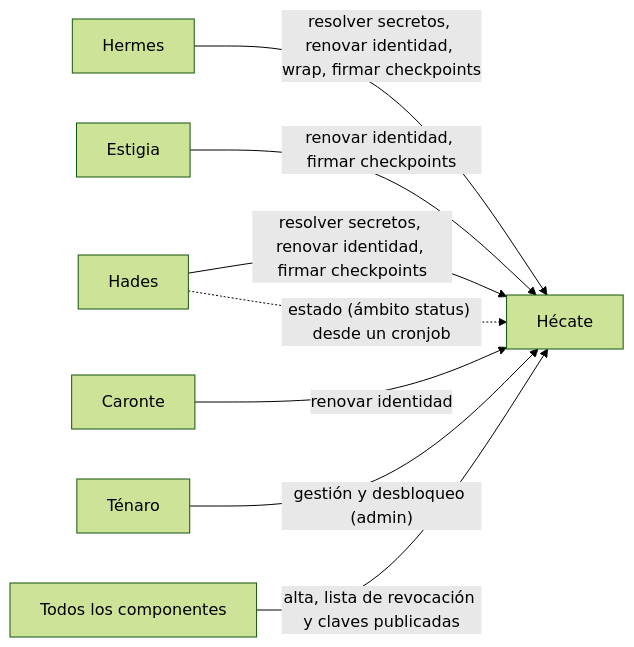
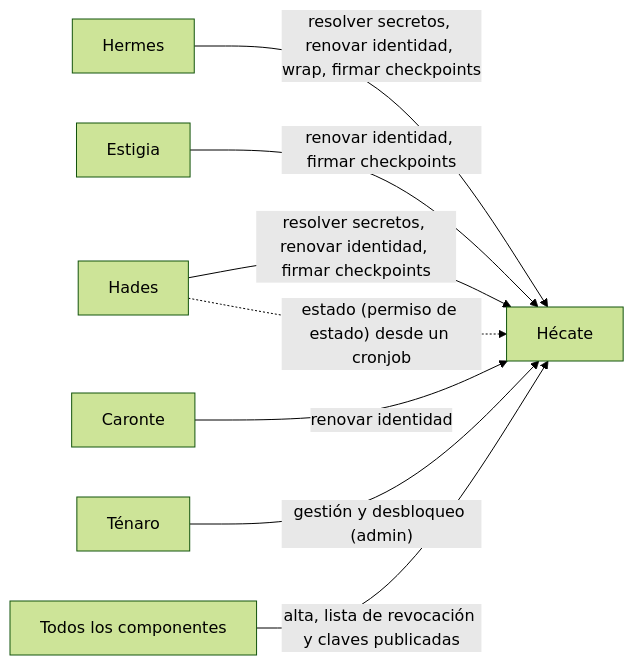
The first of 7 diagrams in docs/hecate.md (xandro30/Cerbero), drawn with Mermaid (forest theme) before and after one commit. The commit also changed other lines of this file and 68 other files, not shown here.

````diff
--- a/docs/hecate.md
+++ b/docs/hecate.md
@@ -29,10 +29,10 @@
 ```mermaid
 flowchart LR
     Hades -- "resolver secretos, renovar identidad, firmar checkpoints" --> Hecate[Hécate]
     Hermes -- "resolver secretos, renovar identidad, wrap, firmar checkpoints" --> Hecate
     Estigia -- "renovar identidad, firmar checkpoints" --> Hecate
     Caronte -- "renovar identidad" --> Hecate
     Tenaro[Ténaro] -- "gestión y desbloqueo (admin)" --> Hecate
-    Hades -. "estado (ámbito status) desde un cronjob" .-> Hecate
+    Hades -. "estado (permiso de estado) desde un cronjob" .-> Hecate
     Todos[Todos los componentes] -- "alta, lista de revocación y claves publicadas" --> Hecate
 ```
````
